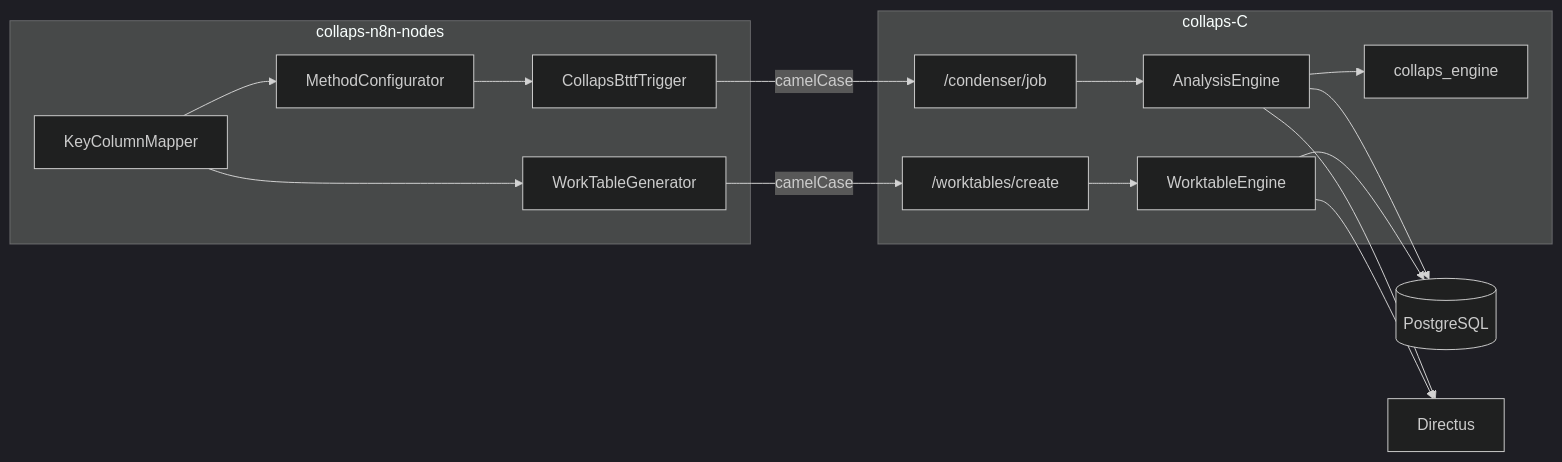
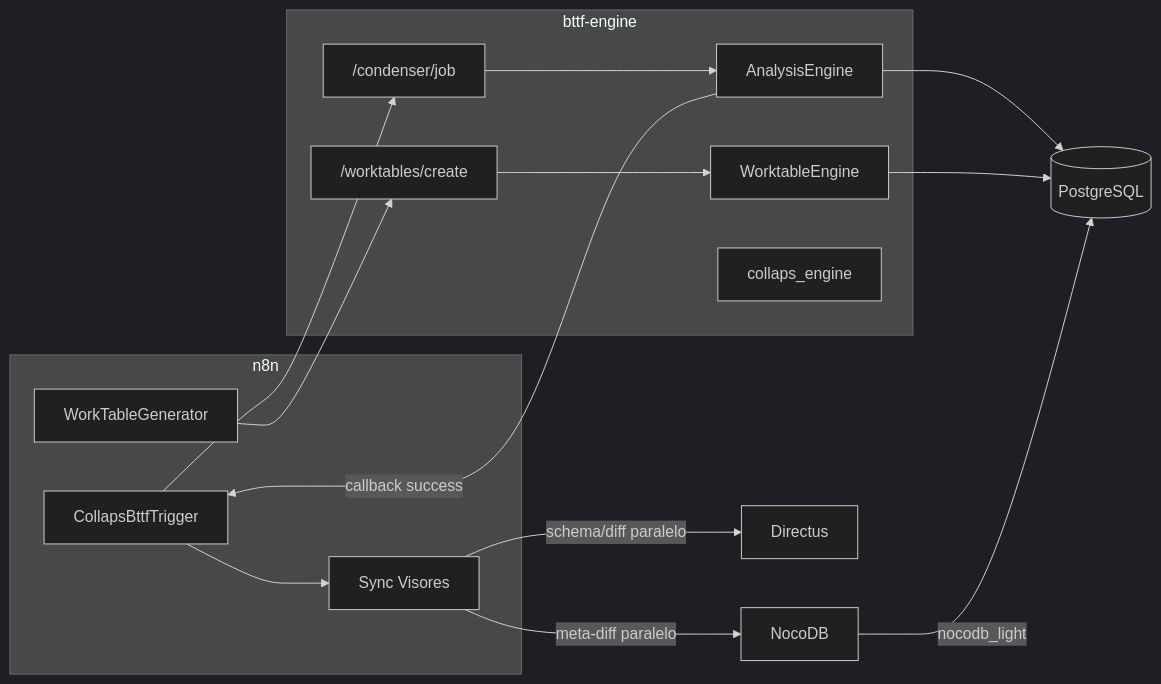
The diagram in arquitectura/componentes-y-limites.md (jgutierrez-kubic/collaps-docs), drawn with Mermaid (dark theme) before and after one commit. The commit also changed other lines of this file and 12 other files, not shown here.

Commit message:
docs: actualizacion integral de arquitectura (Separation of Concerns, Motor sin CMS, n8n Sync y Manual NocoDB)

````diff
--- a/arquitectura/componentes-y-limites.md
+++ b/arquitectura/componentes-y-limites.md
@@ -7,30 +7,28 @@
 ```mermaid
 flowchart LR
-  subgraph n8n["collaps-n8n-nodes"]
-    MAP[KeyColumnMapper]
-    METH[MethodConfigurator]
+  subgraph n8n["n8n"]
     TRG[CollapsBttfTrigger]
     WT[WorkTableGenerator]
+    SYNC[Sync Visores]
   end
 
-  subgraph core["collaps-C"]
+  subgraph core["bttf-engine"]
     API1["/condenser/job"]
     API2["/worktables/create"]
     AE[AnalysisEngine]
     WTE[WorktableEngine]
     CE[collaps_engine]
   end
 
   PG[(PostgreSQL)]
+  NC[NocoDB]
   DX[Directus]
 
-  MAP --> METH --> TRG
-  MAP --> WT
-  TRG -->|camelCase| API1 --> AE
-  WT -->|camelCase| API2 --> WTE
-  AE --> PG
-  AE --> CE
-  WTE --> PG
-  AE --> DX
-  WTE --> DX
+  TRG --> API1 --> AE --> PG
+  WT --> API2 --> WTE --> PG
+  AE -->|callback success| TRG
+  TRG --> SYNC
+  SYNC -->|meta-diff paralelo| NC
+  SYNC -->|schema/diff paralelo| DX
+  NC -->|nocodb_light| PG
 ```
````
